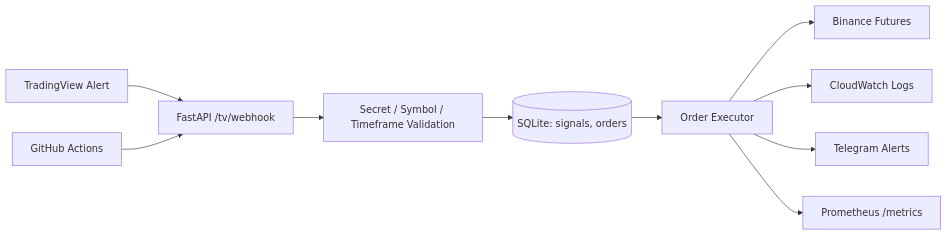
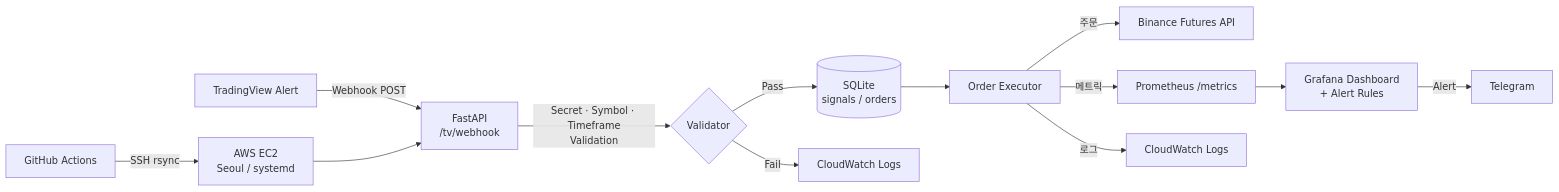
Before and after one commit to gyeong1181/System-Trading: the diagram in psar_rsi_bot/README.md, drawn with Mermaid. The commit also changed other lines of this file and 10 other files, not shown here.

````diff
--- a/psar_rsi_bot/README.md
+++ b/psar_rsi_bot/README.md
@@ -44,12 +24,15 @@
 ```mermaid
 flowchart LR
-    TV[TradingView Alert] --> API[FastAPI /tv/webhook]
-    API --> VALID[Secret / Symbol / Timeframe Validation]
-    VALID --> DB[(SQLite: signals, orders)]
+    TV[TradingView Alert] -->|Webhook POST| API[FastAPI\n/tv/webhook]
+    API -->|Secret · Symbol · Timeframe\nValidation| VALID{Validator}
+    VALID -->|Pass| DB[(SQLite\nsignals / orders)]
+    VALID -->|Fail| LOG[CloudWatch Logs]
     DB --> EXE[Order Executor]
-    EXE --> BINANCE[Binance Futures]
-    EXE --> CW[CloudWatch Logs]
-    EXE --> TG[Telegram Alerts]
-    EXE --> METRICS[Prometheus /metrics]
-    GHA[GitHub Actions] --> API
+    EXE -->|주문| BINANCE[Binance Futures API]
+    EXE -->|메트릭| PROM[Prometheus /metrics]
+    PROM --> GF[Grafana Dashboard\n+ Alert Rules]
+    GF -->|Alert| TG[Telegram]
+    EXE -->|로그| CW[CloudWatch Logs]
+    GHA[GitHub Actions] -->|SSH rsync| EC2[AWS EC2\nSeoul / systemd]
+    EC2 --> API
 ```
````
